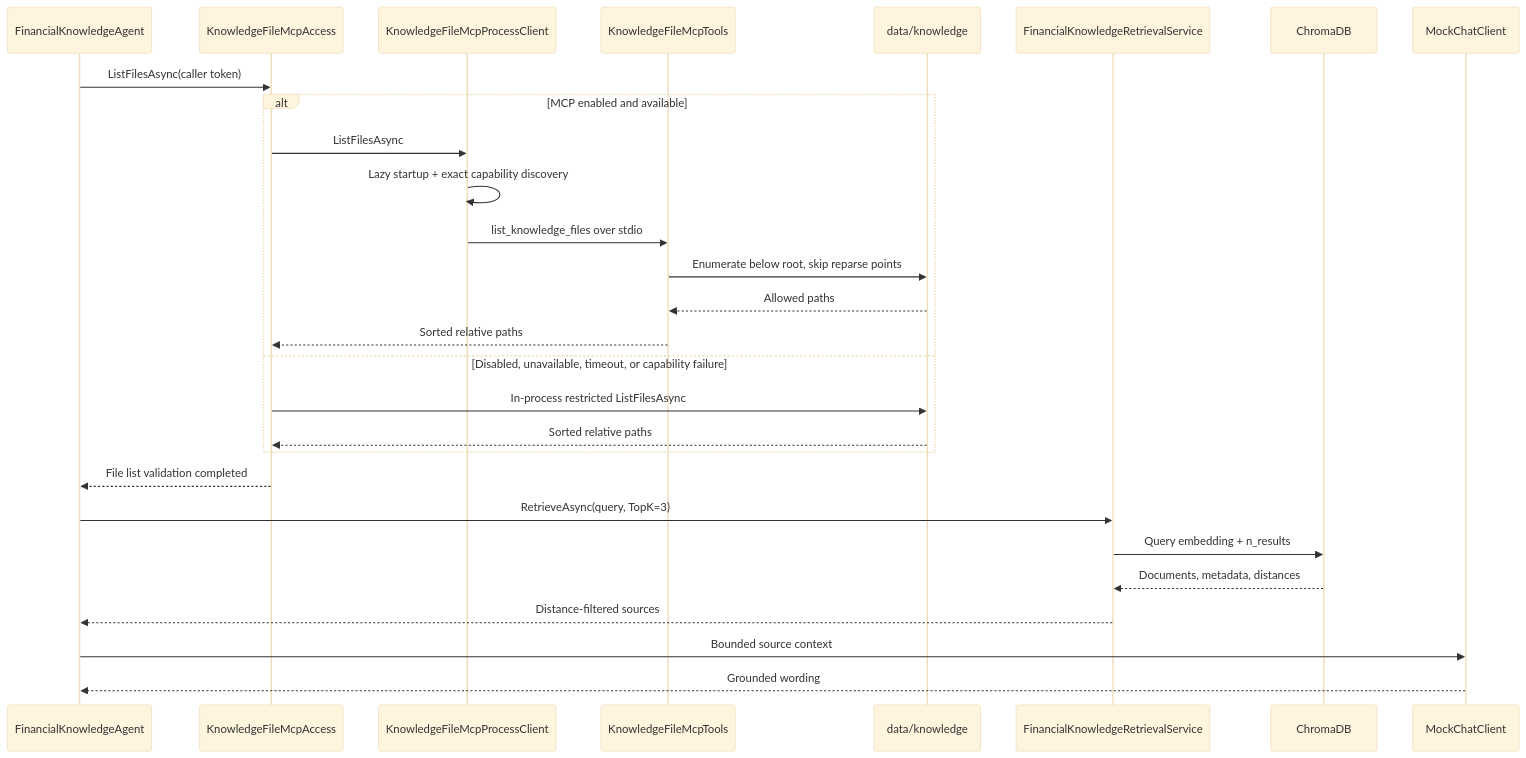
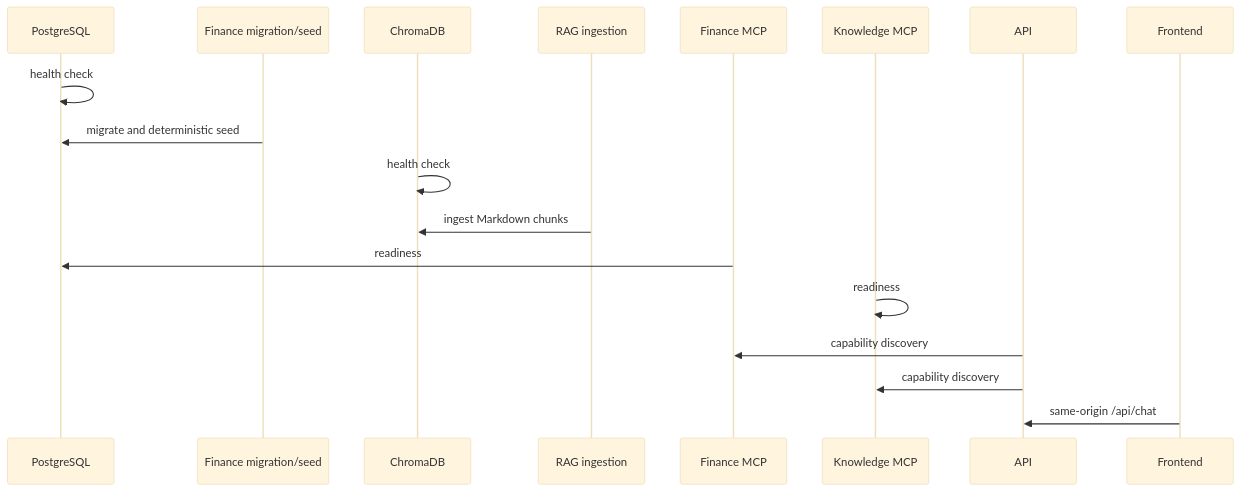
One commit to prabodharandima/ai_agent_cfo changed the second of 2 diagrams in APPLICATION_ARCHITECTURE.md. Above: the diagram before and after it, drawn with Mermaid (base theme). The commit also changed other lines of this file and 104 other files, not shown here.

````diff
--- a/APPLICATION_ARCHITECTURE.md
+++ b/APPLICATION_ARCHITECTURE.md
@@ -484,31 +46,21 @@
 ```mermaid
 sequenceDiagram
-    participant KNOW as FinancialKnowledgeAgent
-    participant ACCESS as KnowledgeFileMcpAccess
-    participant PROCESS as KnowledgeFileMcpProcessClient
-    participant SERVER as KnowledgeFileMcpTools
-    participant FILES as data/knowledge
-    participant RETRIEVE as FinancialKnowledgeRetrievalService
-    participant CHROMA as ChromaDB
-    participant MOCK as MockChatClient
+    participant PG as PostgreSQL
+    participant FM as Finance migration/seed
+    participant C as ChromaDB
+    participant RI as RAG ingestion
+    participant F as Finance MCP
+    participant K as Knowledge MCP
+    participant A as API
+    participant U as Frontend
 
-    KNOW->>ACCESS: ListFilesAsync(caller token)
-    alt MCP enabled and available
-        ACCESS->>PROCESS: ListFilesAsync
-        PROCESS->>PROCESS: Lazy startup + exact capability discovery
-        PROCESS->>SERVER: list_knowledge_files over stdio
-        SERVER->>FILES: Enumerate below root, skip reparse points
-        FILES-->>SERVER: Allowed paths
-        SERVER-->>ACCESS: Sorted relative paths
-    else Disabled, unavailable, timeout, or capability failure
-        ACCESS->>FILES: In-process restricted ListFilesAsync
-        FILES-->>ACCESS: Sorted relative paths
-    end
-    ACCESS-->>KNOW: File list validation completed
-    KNOW->>RETRIEVE: RetrieveAsync(query, TopK=3)
-    RETRIEVE->>CHROMA: Query embedding + n_results
-    CHROMA-->>RETRIEVE: Documents, metadata, distances
-    RETRIEVE-->>KNOW: Distance-filtered sources
-    KNOW->>MOCK: Bounded source context
-    MOCK-->>KNOW: Grounded wording
+    PG->>PG: health check
+    FM->>PG: migrate and deterministic seed
+    C->>C: health check
+    RI->>C: ingest Markdown chunks
+    F->>PG: readiness
+    K->>K: readiness
+    A->>F: capability discovery
+    A->>K: capability discovery
+    U->>A: same-origin /api/chat
 ```
````
